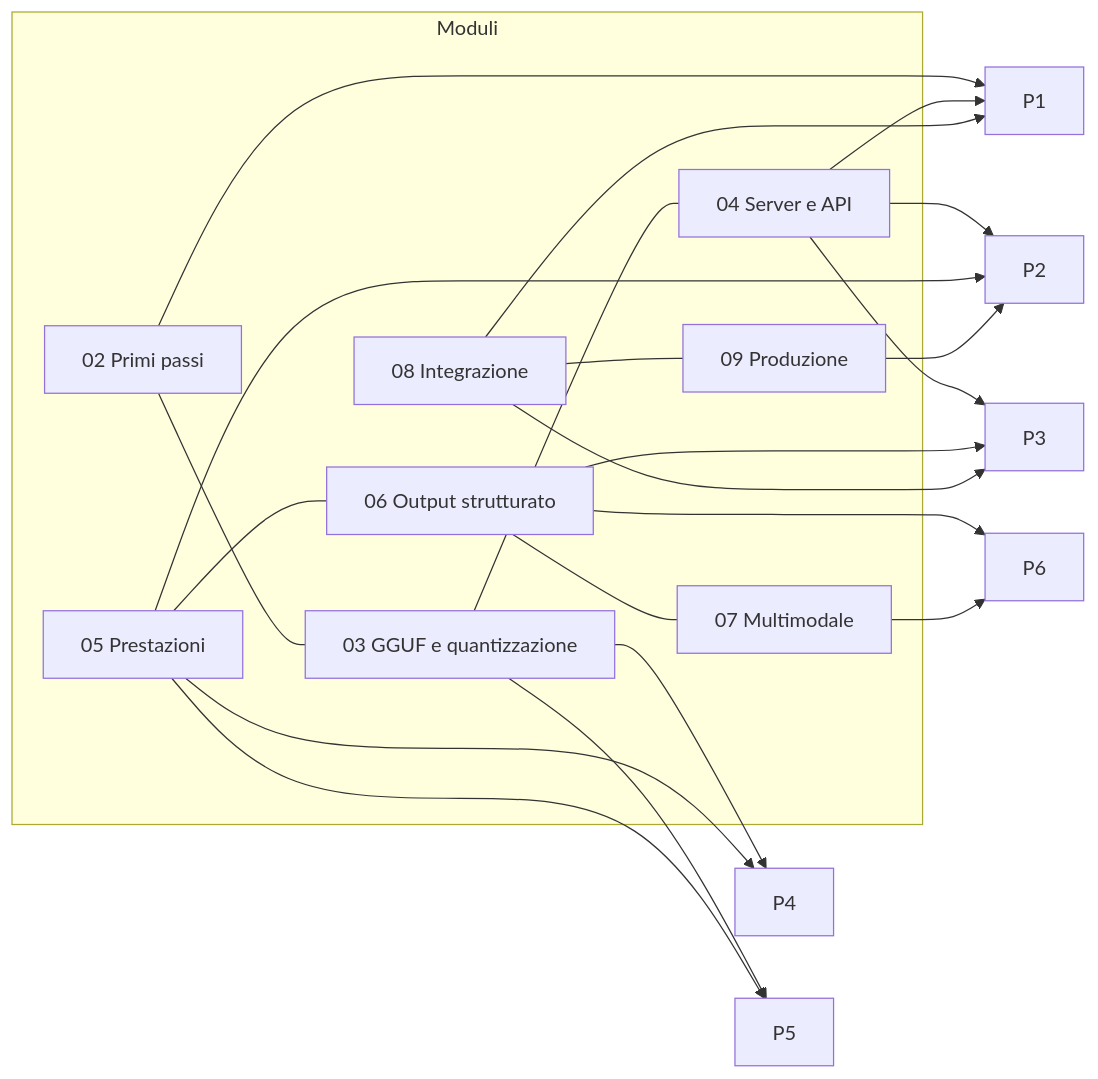
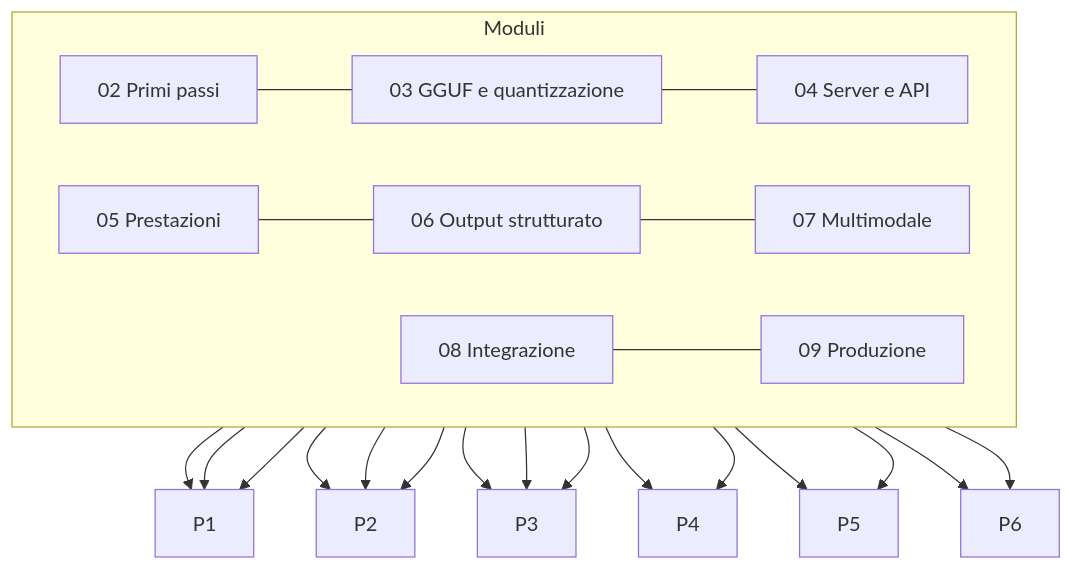
Before and after one commit to JoeBosi/llama-cpp-course: the diagram in corso/progetti-finali/README.md, drawn with Mermaid. The commit also changed 29 other files, not shown here.

First line of the commit message:
Diagrammi Mermaid: clic per aprirli a schermo intero, ridotti gli elementi in orizzontale

````diff
--- a/corso/progetti-finali/README.md
+++ b/corso/progetti-finali/README.md
@@ -21,13 +21,14 @@
 ```mermaid
-flowchart LR
+flowchart TB
     subgraph Moduli
+        direction LR
         M02[02 Primi passi] --- M03[03 GGUF e quantizzazione] --- M04[04 Server e API]
         M05[05 Prestazioni] --- M06[06 Output strutturato] --- M07[07 Multimodale]
         M08[08 Integrazione] --- M09[09 Produzione]
     end
     M02 & M04 & M08 --> P1
     M04 & M05 & M09 --> P2
     M04 & M06 & M08 --> P3
     M03 & M05 --> P4 & P5
     M06 & M07 --> P6
 ```
````
